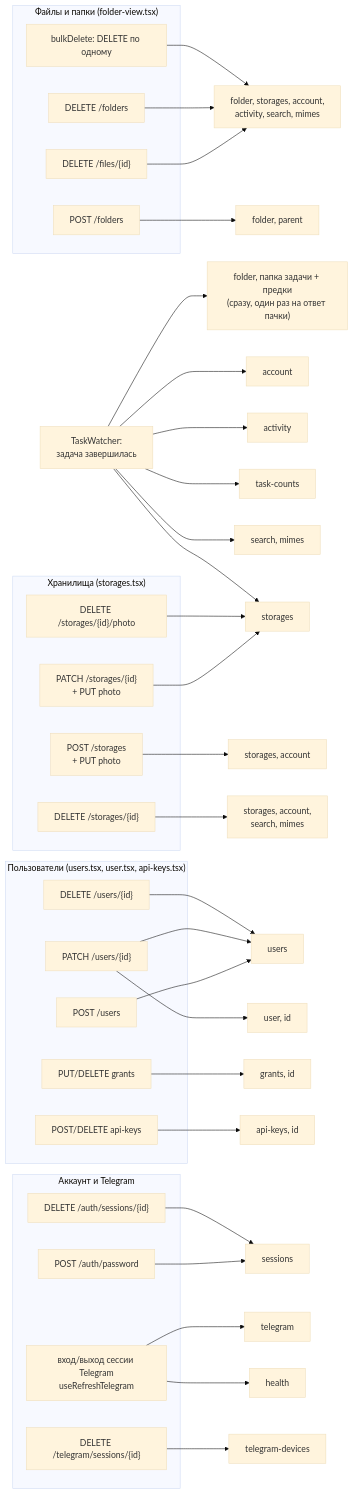
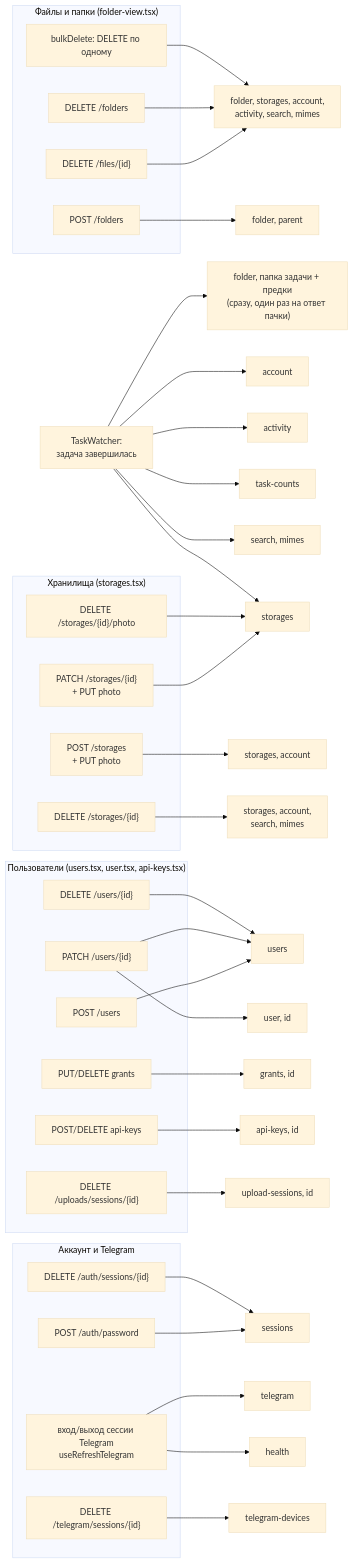
The first of 5 diagrams in docs/data-flow.md (NikitkaZXC/tcloud-frontend), drawn with Mermaid (base theme) before and after one commit. The commit also changed other lines of this file and 6 other files, not shown here.

````diff
--- a/docs/data-flow.md
+++ b/docs/data-flow.md
@@ -38,53 +39,55 @@
 ```mermaid
 flowchart LR
     subgraph files["Файлы и папки (folder-view.tsx)"]
         delFile["DELETE /files/{id}"]
         delFolder["DELETE /folders"]
         bulk["bulkDelete: DELETE по одному"]
         mkdir["POST /folders"]
     end
     subgraph st["Хранилища (storages.tsx)"]
         stCreate["POST /storages<br/>+ PUT photo"]
         stSave["PATCH /storages/{id}<br/>+ PUT photo"]
         stPhoto["DELETE /storages/{id}/photo"]
         stDel["DELETE /storages/{id}"]
     end
     subgraph adm["Пользователи (users.tsx, user.tsx, api-keys.tsx)"]
         uCreate["POST /users"]
         uPatch["PATCH /users/{id}"]
         uDel["DELETE /users/{id}"]
         grant["PUT/DELETE grants"]
         key["POST/DELETE api-keys"]
+        upSess["DELETE /uploads/sessions/{id}"]
     end
     subgraph acc["Аккаунт и Telegram"]
         pwd["POST /auth/password"]
         sess["DELETE /auth/sessions/{id}"]
         tgStep["вход/выход сессии Telegram<br/>useRefreshTelegram"]
         dev["DELETE /telegram/sessions/{id}"]
     end
     watcher["TaskWatcher:<br/>задача завершилась"]
 
     delFile & delFolder & bulk --> kDeleted["folder, storages, account,<br/>activity, search, mimes"]
     mkdir --> kFolderP["folder, parent"]
     stCreate --> kStorageAcc["storages, account"]
     stSave --> kStorages["storages"]
     stPhoto --> kStorages
     stDel --> kStorageDel["storages, account,<br/>search, mimes"]
     uCreate --> kUsers["users"]
     uPatch --> kUsers
     uPatch --> kUser["user, id"]
     uDel --> kUsers
     grant --> kGrants["grants, id"]
     key --> kKeys["api-keys, id"]
+    upSess --> kUpSess["upload-sessions, id"]
     pwd --> kSessions["sessions"]
     sess --> kSessions
     tgStep --> kTelegram["telegram"]
     tgStep --> kHealth["health"]
     dev --> kDevices["telegram-devices"]
     watcher --> kFolderT["folder, папка задачи + предки<br/>(сразу, один раз на ответ пачки)"]
     watcher --> kStorages
     watcher --> kAccount["account"]
     watcher --> kActivity["activity"]
     watcher --> kCounts["task-counts"]
     watcher --> kSearch["search, mimes"]
 ```
````
